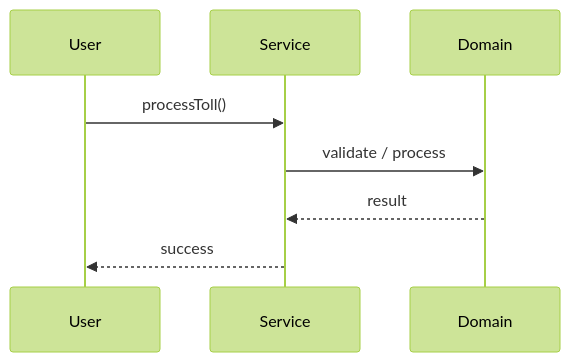
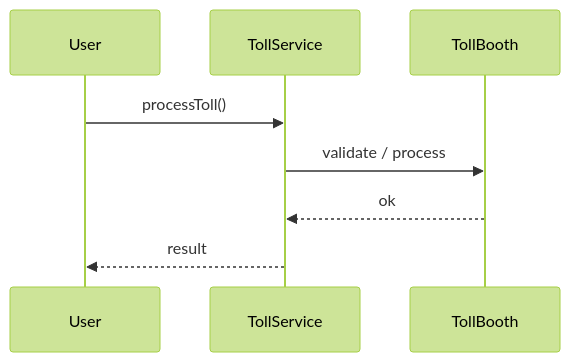
Before and after one commit to madhupaila/Interview-Prep-SSE: the second of 3 diagrams in Learn/System Design - Low Level Design/02-classic-ood/questions/Q40-toll-booth.md, drawn with Mermaid (forest theme). The commit also changed other lines of this file and 491 other files, not shown here.

````diff
--- a/Learn/System Design - Low Level Design/02-classic-ood/questions/Q40-toll-booth.md
+++ b/Learn/System Design - Low Level Design/02-classic-ood/questions/Q40-toll-booth.md
@@ -122,10 +149,10 @@
 ```mermaid
 sequenceDiagram
-    participant U as User
-    participant S as Service
-    participant D as Domain
-    U->>S: processToll()
-    S->>D: validate / process
-    D-->>S: result
-    S-->>U: success
+participant U as User
+participant S as TollService
+participant D as TollBooth
+U->>S: processToll()
+S->>D: validate / process
+D-->>S: ok
+S-->>U: result
 ```
````
